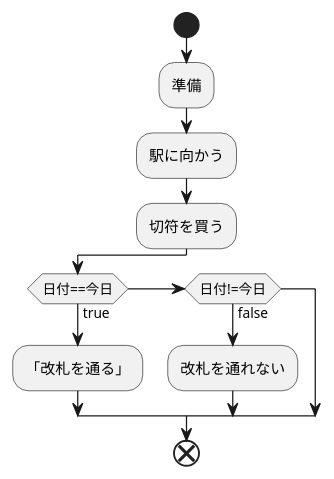
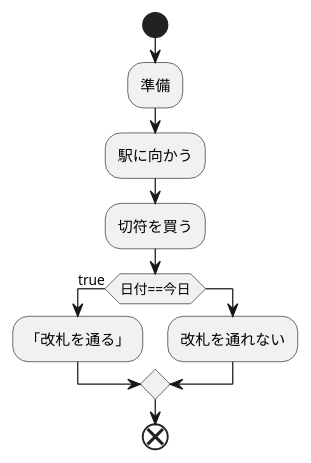
Before and after one commit to Aso2001224/2021sys-design: the diagram in life.md, drawn with PlantUML.

````diff
--- a/life.md
+++ b/life.md
@@ -1,16 +1,16 @@
 ```uml
 @startuml
 start
 :準備;
 :駅に向かう;
 :切符を買う;
 
 if(日付==今日)then(true)
 :「改札を通る」;
-else if(日付!=今日)then(false)
+else 
 :改札を通れない;
 endif
 end
 
 @enduml
 ```
````
